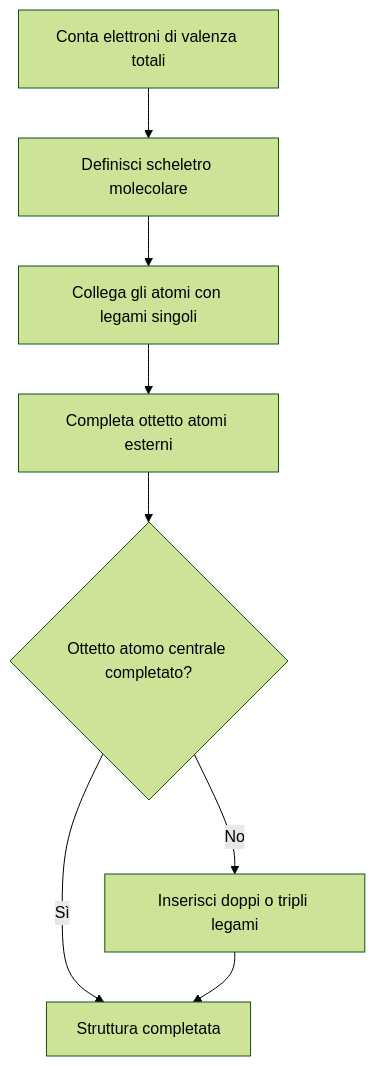
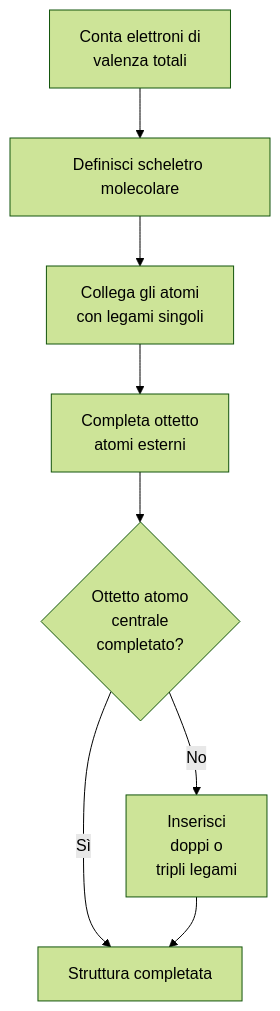
One commit to didattica/CodeCompendium changed the first of 2 diagrams in Chimica/04-notazione-Lewis.md. Above: the diagram before and after it, drawn with Mermaid (forest theme).

Commit message:
Improve flowchart readability in Lewis structure section

````diff
--- a/Chimica/04-notazione-Lewis.md
+++ b/Chimica/04-notazione-Lewis.md
@@ -285,10 +285,10 @@
 ```mermaid
 flowchart TD
-    A[Conta elettroni di valenza totali] --> B[Definisci scheletro molecolare]
-    B --> C[Collega gli atomi con legami singoli]
-    C --> D[Completa ottetto atomi esterni]
-    D --> E{Ottetto atomo centrale completato?}
+    A[Conta elettroni di<br> valenza totali] --> B[Definisci scheletro molecolare]
+    B --> C[Collega gli atomi<br> con legami singoli]
+    C --> D[Completa ottetto<br> atomi esterni]
+    D --> E{Ottetto atomo <br>centrale <br>completato?}
     E -- Sì --> F[Struttura completata]
-    E -- No --> G[Inserisci doppi o tripli legami]
+    E -- No --> G[Inserisci <br>doppi o<br> tripli legami]
     G --> F
 ```
````
